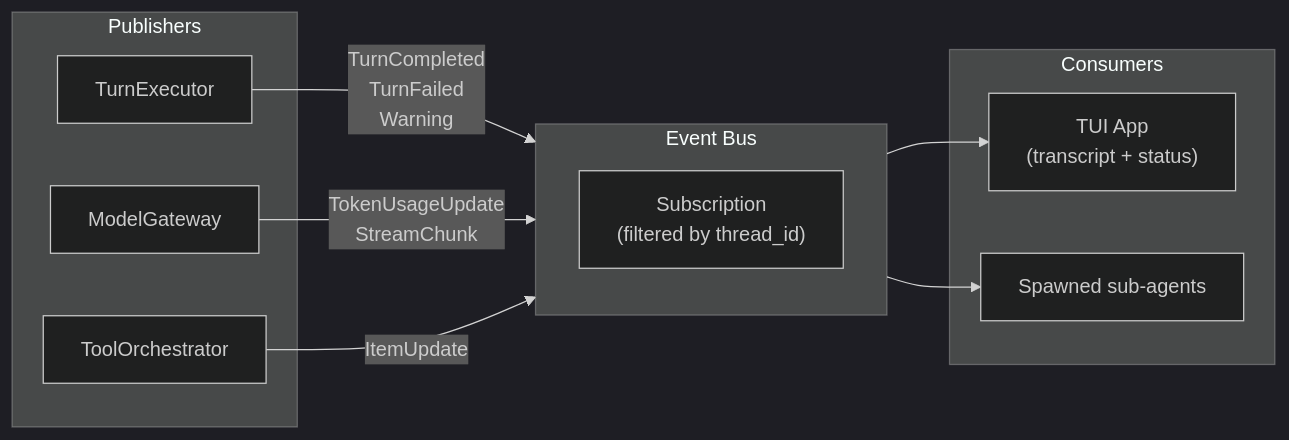
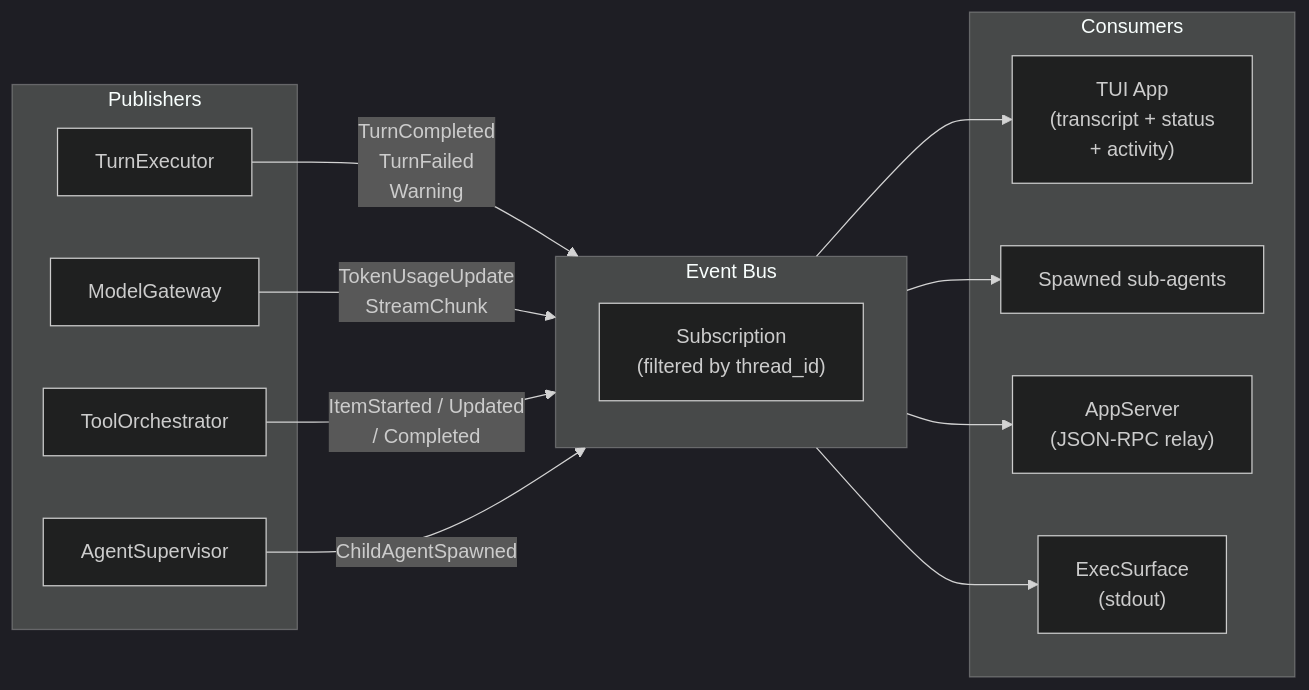
Before and after one commit to basadi-dev/codezilla: the eighth of 12 diagrams in docs/ARCHITECTURE.md, drawn with Mermaid (dark theme). The commit also changed other lines of this file, not shown here.

Commit message:
docs: update architecture documentation with agentic loop enhancements, sub-agent supervision, parallel tool batching, and surface-layer interfaces.

````diff
--- a/docs/ARCHITECTURE.md
+++ b/docs/ARCHITECTURE.md
@@ -209,23 +367,29 @@
 ```mermaid
 flowchart LR
     subgraph Publishers
         TE["TurnExecutor"]
         MG["ModelGateway"]
         TO["ToolOrchestrator"]
+        SV["AgentSupervisor"]
     end
 
     subgraph EventBus["Event Bus"]
         sub["Subscription<br/>(filtered by thread_id)"]
     end
 
     subgraph Consumers
-        TUI["TUI App<br/>(transcript + status)"]
+        TUI["TUI App<br/>(transcript + status<br/>+ activity)"]
         SA["Spawned sub-agents"]
+        AS["AppServer<br/>(JSON-RPC relay)"]
+        ES["ExecSurface<br/>(stdout)"]
     end
 
     TE -->|TurnCompleted<br/>TurnFailed<br/>Warning| EventBus
     MG -->|TokenUsageUpdate<br/>StreamChunk| EventBus
-    TO -->|ItemUpdate| EventBus
+    TO -->|ItemStarted / Updated<br/>/ Completed| EventBus
+    SV -->|ChildAgentSpawned| EventBus
     EventBus --> TUI
     EventBus --> SA
+    EventBus --> AS
+    EventBus --> ES
 ```
````
